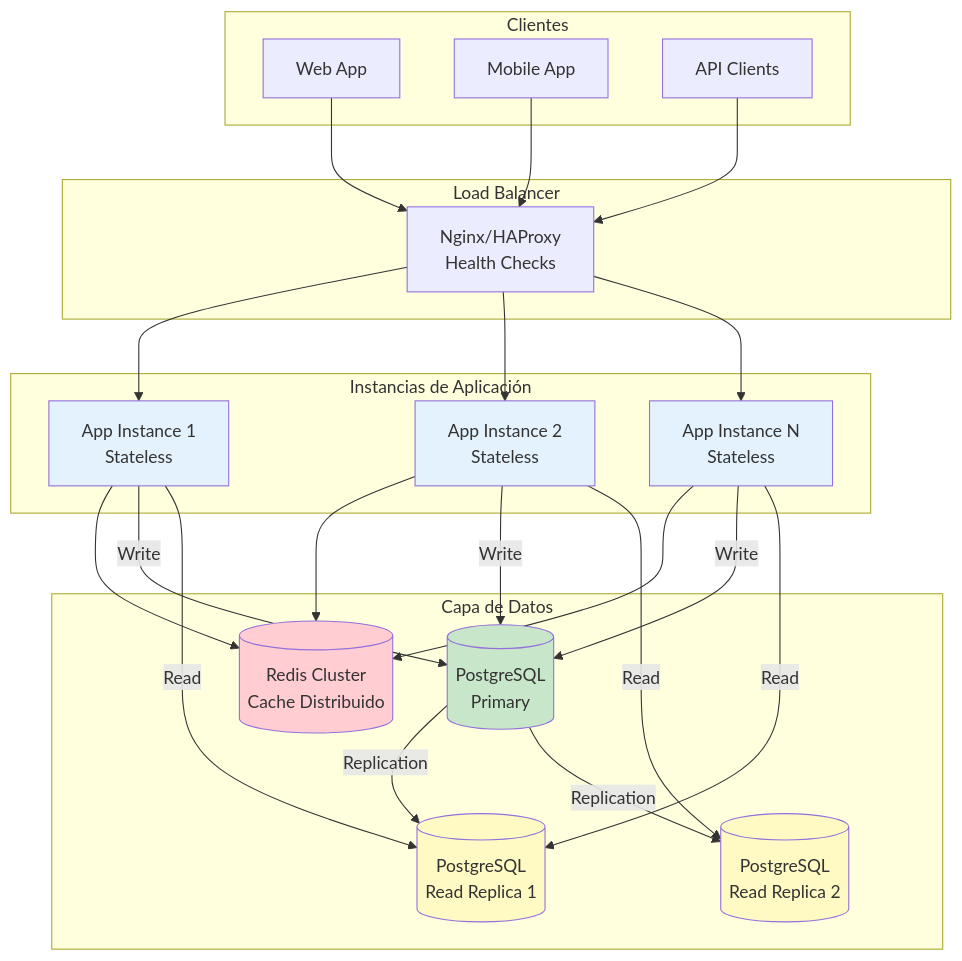
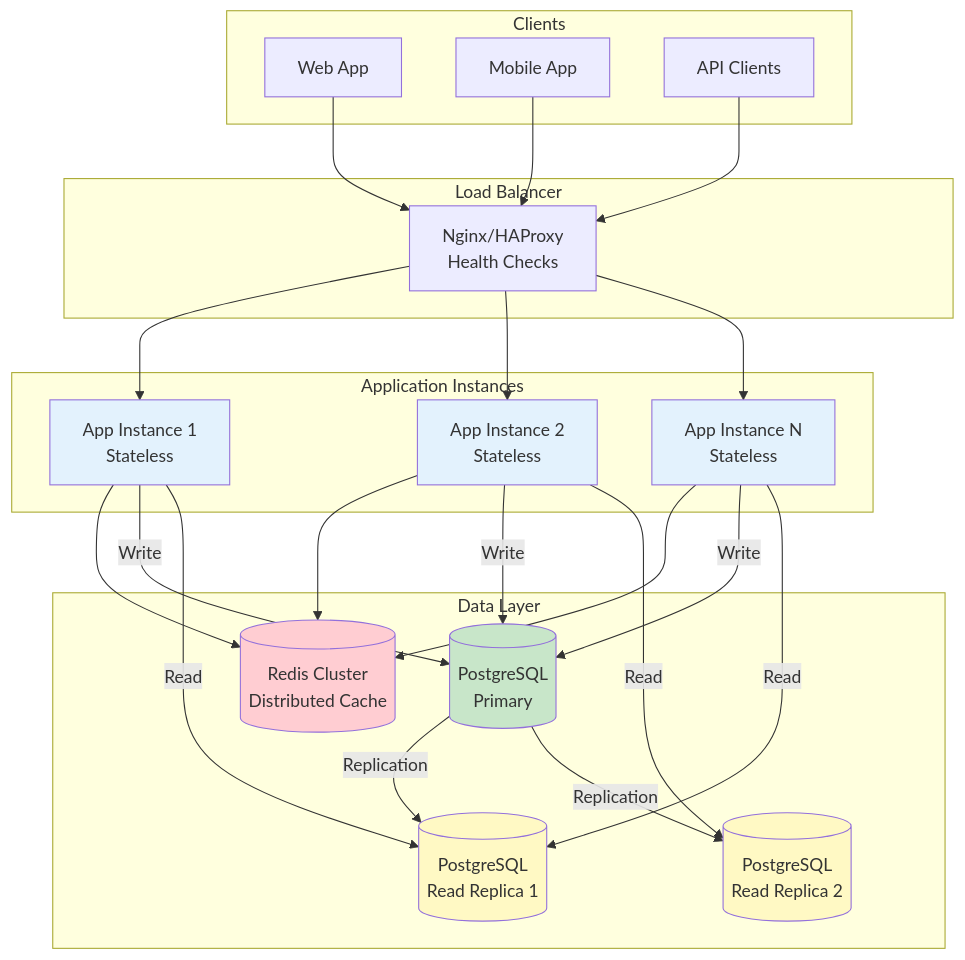
One commit to Simon3640/GoProjectSkeleton changed the fourth of 27 diagrams in README.md. Above: the diagram before and after it, drawn with Mermaid. The commit also changed other lines of this file and 1 other file, not shown here.

````diff
--- a/README.md
+++ b/README.md
@@ -855,56 +855,56 @@
 ```mermaid
 graph TB
-    subgraph Clients["Clientes"]
+    subgraph Clients["Clients"]
         Web[Web App]
         Mobile[Mobile App]
         API_Client[API Clients]
     end
 
     subgraph LB["Load Balancer"]
         Nginx[Nginx/HAProxy<br/>Health Checks]
     end
 
-    subgraph AppInstances["Instancias de Aplicación"]
+    subgraph AppInstances["Application Instances"]
         App1[App Instance 1<br/>Stateless]
         App2[App Instance 2<br/>Stateless]
         App3[App Instance N<br/>Stateless]
     end
 
-    subgraph DataLayer["Capa de Datos"]
-        RedisCluster[(Redis Cluster<br/>Cache Distribuido)]
+    subgraph DataLayer["Data Layer"]
+        RedisCluster[(Redis Cluster<br/>Distributed Cache)]
         PGPrimary[(PostgreSQL<br/>Primary)]
         PGReplica1[(PostgreSQL<br/>Read Replica 1)]
         PGReplica2[(PostgreSQL<br/>Read Replica 2)]
     end
 
     Web --> Nginx
     Mobile --> Nginx
     API_Client --> Nginx
 
     Nginx --> App1
     Nginx --> App2
     Nginx --> App3
 
     App1 --> RedisCluster
     App2 --> RedisCluster
     App3 --> RedisCluster
 
     App1 -->|Write| PGPrimary
     App2 -->|Write| PGPrimary
     App3 -->|Write| PGPrimary
 
     App1 -->|Read| PGReplica1
     App2 -->|Read| PGReplica2
     App3 -->|Read| PGReplica1
 
     PGPrimary -->|Replication| PGReplica1
     PGPrimary -->|Replication| PGReplica2
 
     style App1 fill:#e3f2fd
     style App2 fill:#e3f2fd
     style App3 fill:#e3f2fd
     style RedisCluster fill:#ffcdd2
     style PGPrimary fill:#c8e6c9
     style PGReplica1 fill:#fff9c4
     style PGReplica2 fill:#fff9c4
 ```
````
